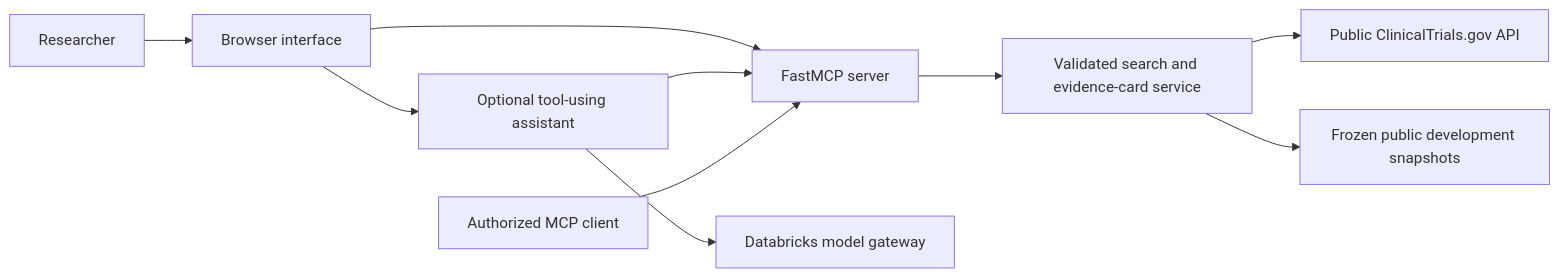
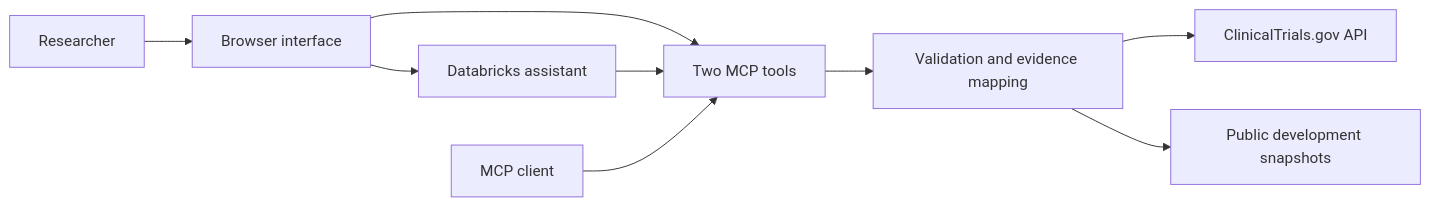
The diagram in README.md (imtiaz-cdc/T2D-compass), drawn with Mermaid before and after one commit. The commit also changed other lines of this file and 35 other files, not shown here.

````diff
--- a/README.md
+++ b/README.md
@@ -32,12 +58,11 @@
 ```mermaid
 flowchart LR
   R[Researcher] --> UI[Browser interface]
-  UI --> MCP[FastMCP server]
-  UI --> A[Optional tool-using assistant]
-  A --> G[Databricks model gateway]
+  UI --> MCP[Two MCP tools]
+  UI --> A[Databricks assistant]
   A --> MCP
-  C[Authorized MCP client] --> MCP
-  MCP --> S[Validated search and evidence-card service]
-  S --> CT[Public ClinicalTrials.gov API]
-  S --> F[Frozen public development snapshots]
+  C[MCP client] --> MCP
+  MCP --> S[Validation and evidence mapping]
+  S --> CT[ClinicalTrials.gov API]
+  S --> F[Public development snapshots]
 ```
````
